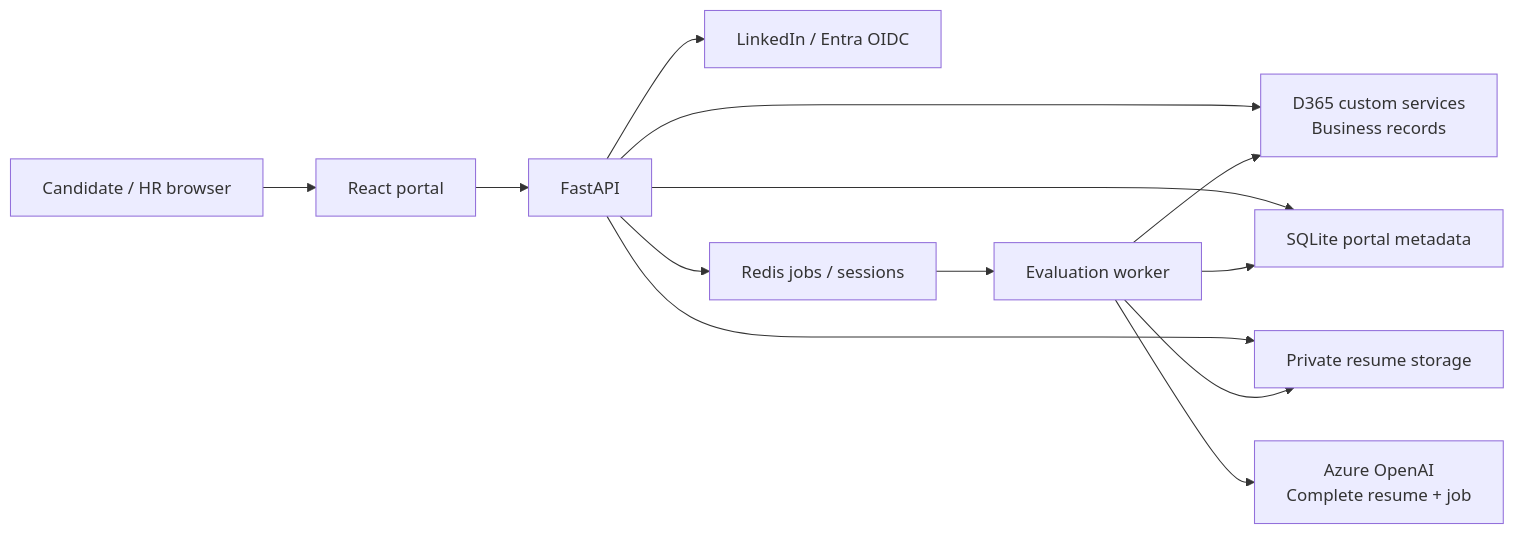
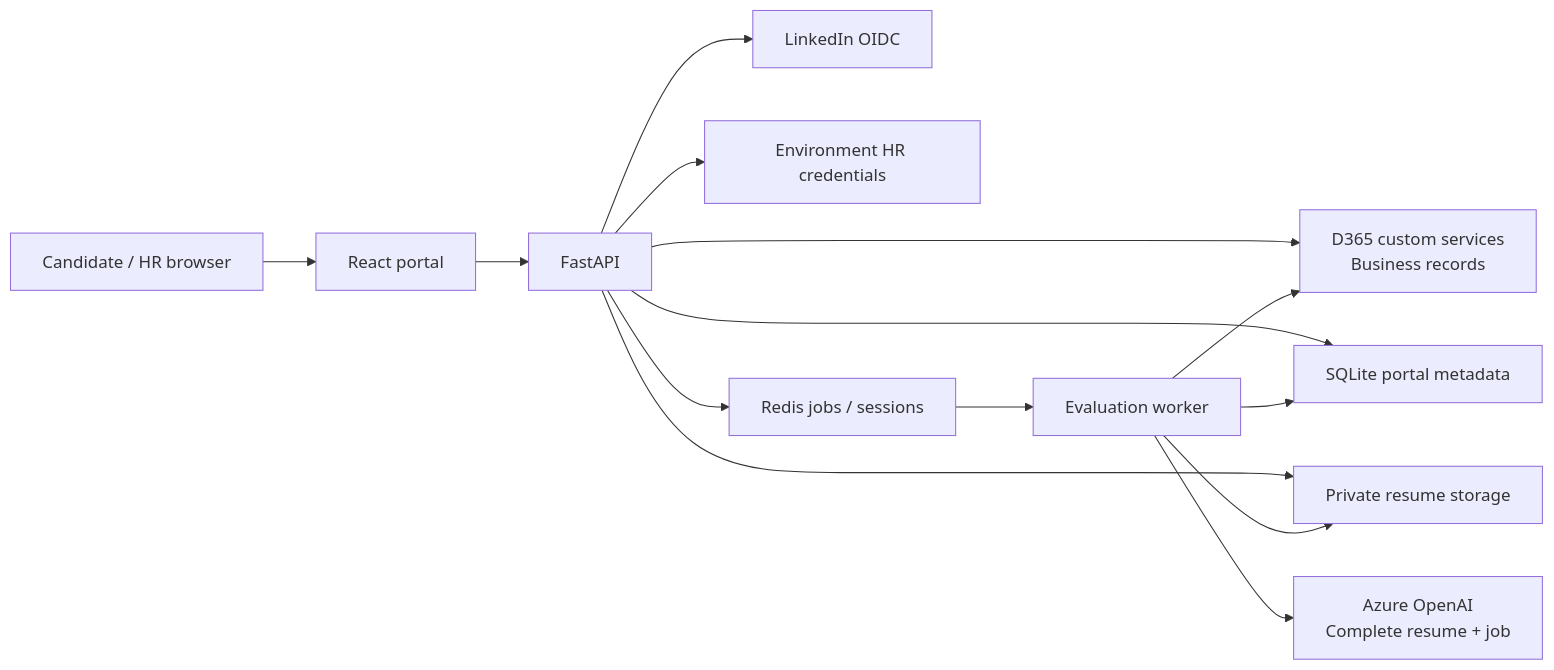
The diagram in README.md (SriTharoon05/UB_HRProcess_Agent), drawn with Mermaid before and after one commit. The commit also changed other lines of this file and 19 other files, not shown here.

````diff
--- a/README.md
+++ b/README.md
@@ -31,15 +31,16 @@
 ```mermaid
 flowchart LR
     Browser[Candidate / HR browser] --> React[React portal]
     React --> API[FastAPI]
-    API --> OIDC[LinkedIn / Entra OIDC]
+    API --> OIDC[LinkedIn OIDC]
+    API --> HRAuth[Environment HR credentials]
     API --> D365[D365 custom services\nBusiness records]
     API --> SQLite[SQLite portal metadata]
     API --> Blob[Private resume storage]
     API --> Queue[Redis jobs / sessions]
     Queue --> Worker[Evaluation worker]
     Worker --> Blob
     Worker --> AI[Azure OpenAI\nComplete resume + job]
     Worker --> D365
     Worker --> SQLite
 ```
````
